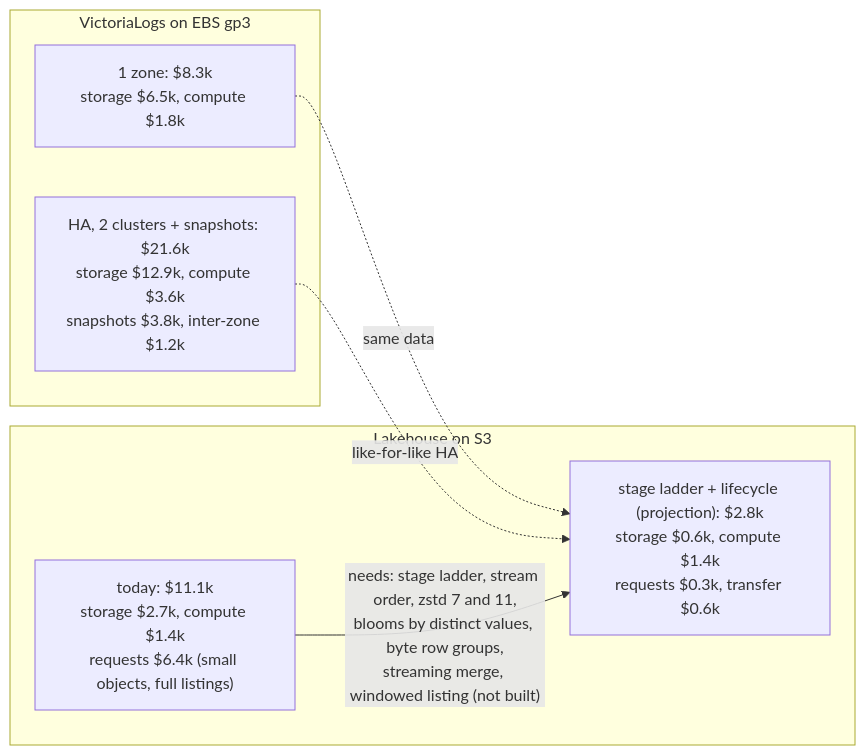
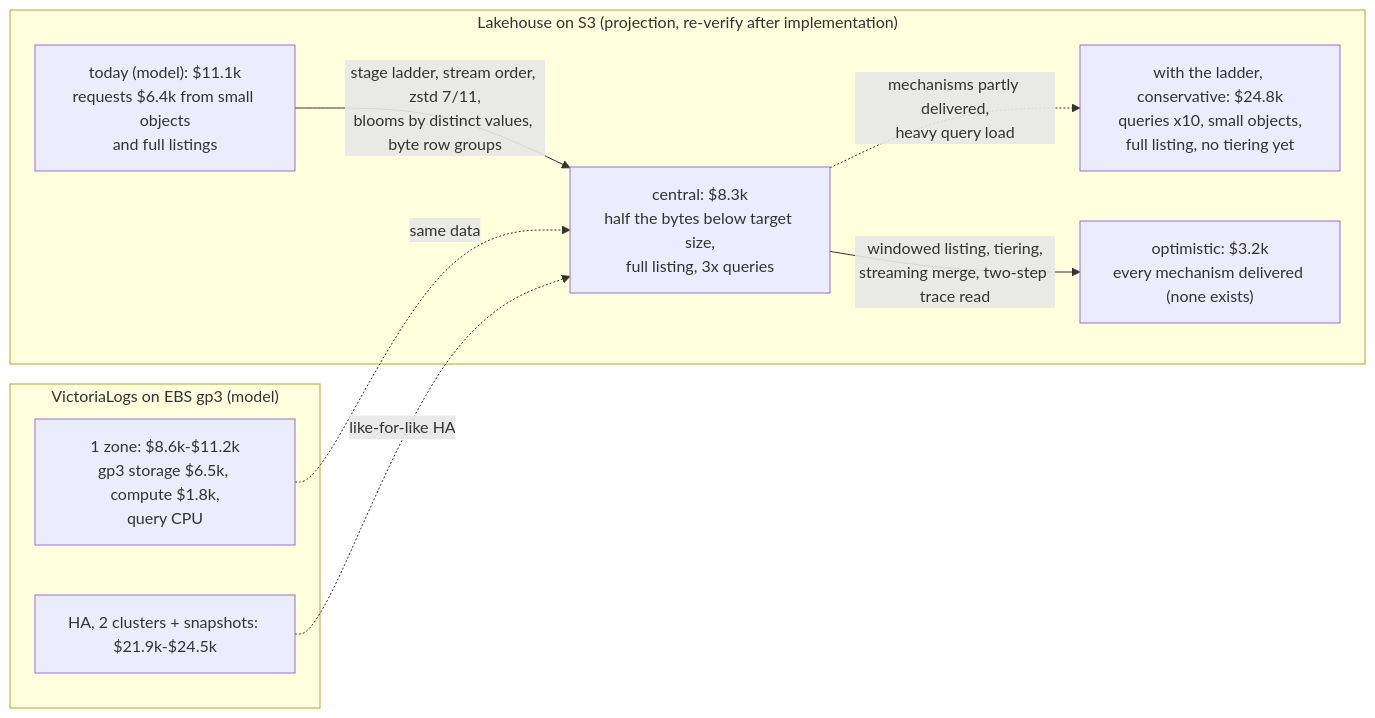
The fifth of 5 diagrams in docs/storage-efficiency.md (ReliablyObserve/victoria-lakehouse), drawn with Mermaid before and after one commit. The commit also changed other lines of this file, not shown here.

Commit message:
docs: storage efficiency page, cost section as labelled projection ranges, trace_id sizing pending [skip release]

````diff
--- a/docs/storage-efficiency.md
+++ b/docs/storage-efficiency.md
@@ -977,14 +1027,18 @@
 ```mermaid
 flowchart LR
-    subgraph EBS["VictoriaLogs on EBS gp3"]
-        A1["1 zone: $8.3k<br/>storage $6.5k, compute $1.8k"]
-        A2["HA, 2 clusters + snapshots: $21.6k<br/>storage $12.9k, compute $3.6k<br/>snapshots $3.8k, inter-zone $1.2k"]
+    subgraph EBS["VictoriaLogs on EBS gp3 (model)"]
+        A1["1 zone: $8.6k-$11.2k<br/>gp3 storage $6.5k, compute $1.8k,<br/>query CPU"]
+        A2["HA, 2 clusters + snapshots: $21.9k-$24.5k"]
     end
-    subgraph S3["Lakehouse on S3"]
-        B1["today: $11.1k<br/>storage $2.7k, compute $1.4k<br/>requests $6.4k (small objects, full listings)"]
-        B2["stage ladder + lifecycle (projection): $2.8k<br/>storage $0.6k, compute $1.4k<br/>requests $0.3k, transfer $0.6k"]
+    subgraph S3["Lakehouse on S3 (projection, re-verify after implementation)"]
+        B1["today (model): $11.1k<br/>requests $6.4k from small objects<br/>and full listings"]
+        B3["with the ladder, conservative: $24.8k<br/>queries x10, small objects,<br/>full listing, no tiering yet"]
+        B4["central: $8.3k<br/>half the bytes below target size,<br/>full listing, 3x queries"]
+        B2["optimistic: $3.2k<br/>every mechanism delivered (none exists)"]
     end
-    A1 -.->|"same data"| B2
-    A2 -.->|"like-for-like HA"| B2
-    B1 -->|"needs: stage ladder, stream order, zstd 7 and 11,<br/>blooms by distinct values, byte row groups,<br/>streaming merge, windowed listing (not built)"| B2
+    B1 -->|"stage ladder, stream order, zstd 7/11,<br/>blooms by distinct values, byte row groups"| B4
+    B4 -->|"windowed listing, tiering,<br/>streaming merge, two-step trace read"| B2
+    B4 -.->|"mechanisms partly delivered,<br/>heavy query load"| B3
+    A1 -.->|"same data"| B4
+    A2 -.->|"like-for-like HA"| B4
 ```
````
